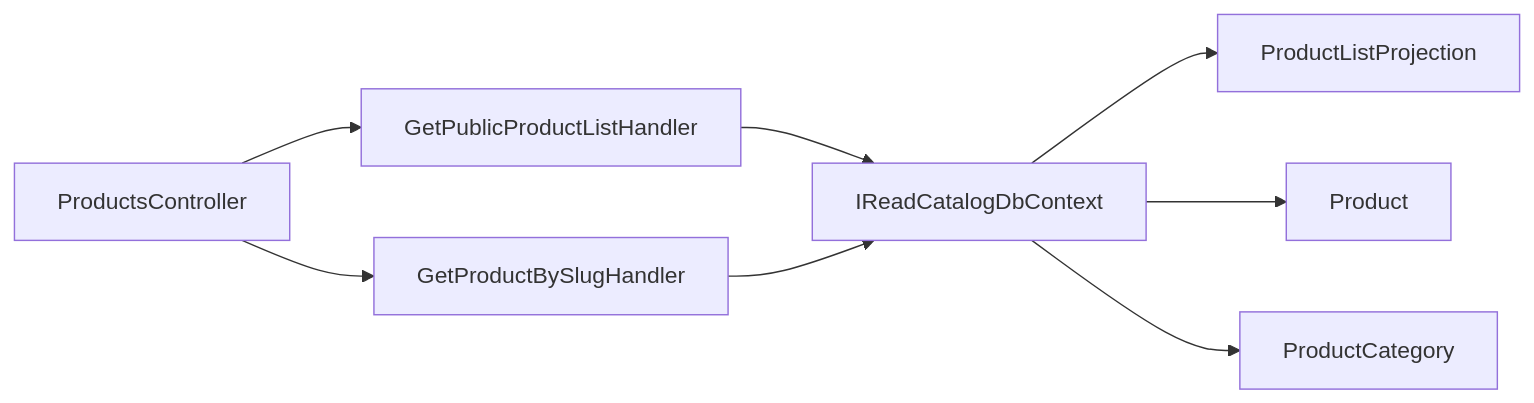
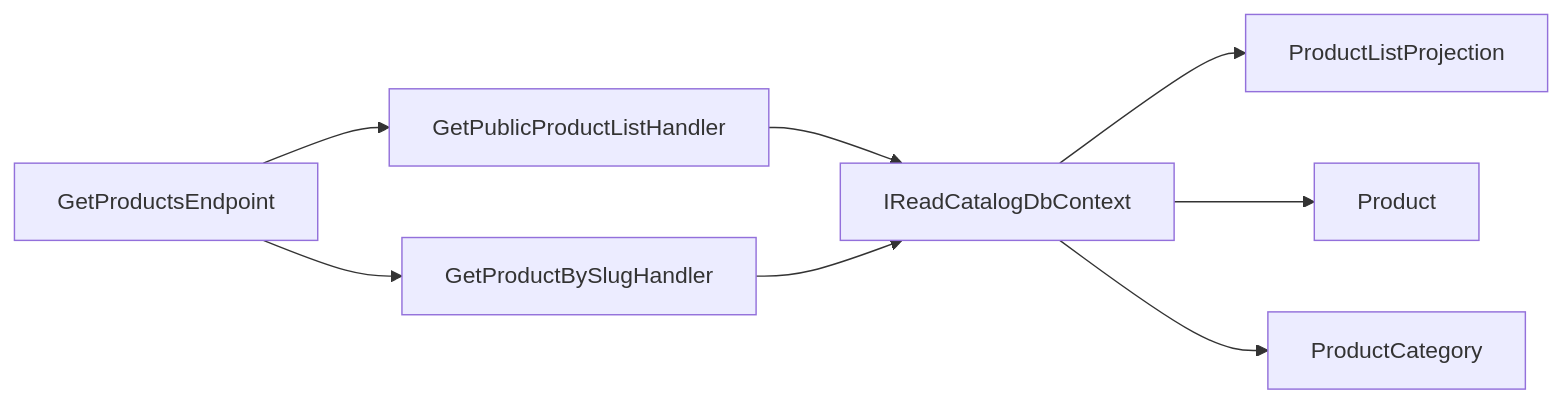
Before and after one commit to Weretik/KedrStore: the diagram in docs/sdd/features/catalog/public-products.md, drawn with Mermaid. The commit also changed other lines of this file and 105 other files, not shown here.

````diff
--- a/docs/sdd/features/catalog/public-products.md
+++ b/docs/sdd/features/catalog/public-products.md
@@ -36,10 +36,10 @@
 ```mermaid
 flowchart LR
-    A["ProductsController"] --> B["GetPublicProductListHandler"]
+    A["GetProductsEndpoint"] --> B["GetPublicProductListHandler"]
     A --> C["GetProductBySlugHandler"]
     B --> D["IReadCatalogDbContext"]
     C --> D
     D --> E["ProductListProjection"]
     D --> F["Product"]
     D --> G["ProductCategory"]
 ```
````
